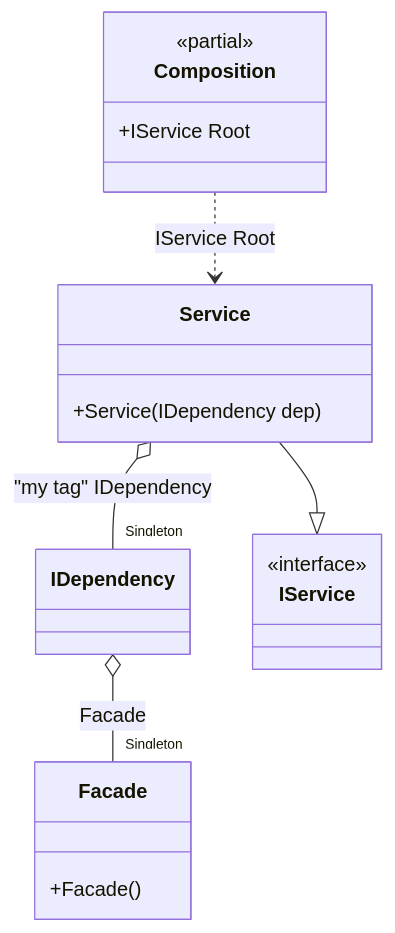
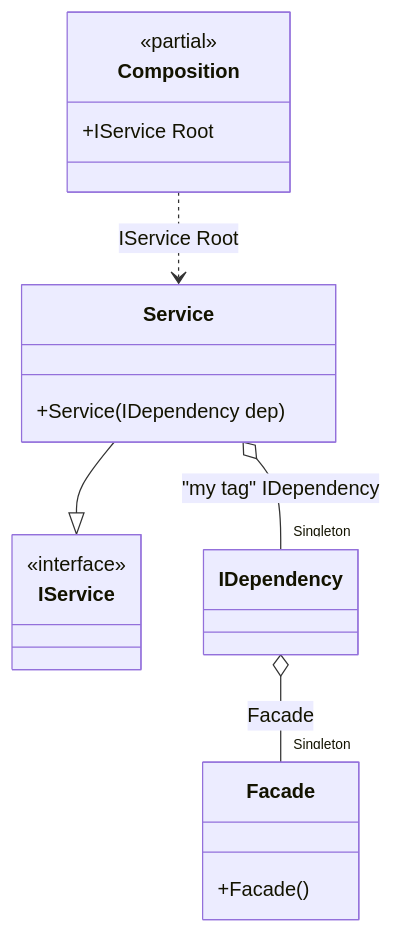
The diagram in readme/bind-attribute-with-lifetime-and-tag.md (DevTeam/Pure.DI), drawn with Mermaid before and after one commit. The commit also changed other lines of this file and 92 other files, not shown here.

````diff
--- a/readme/bind-attribute-with-lifetime-and-tag.md
+++ b/readme/bind-attribute-with-lifetime-and-tag.md
@@ -101,21 +101,21 @@
 ```mermaid
 classDiagram
 	class Composition {
 		<<partial>>
 		+IService Root
 	}
+	Service --|> IService
+	class Service {
+		+Service(IDependency dep)
+	}
 	class IDependency
 	class Facade {
 		+Facade()
-	}
-	Service --|> IService
-	class Service {
-		+Service(IDependency dep)
 	}
 	class IService {
 		<<interface>>
 	}
 	Composition ..> Service : IService Root
+	Service o-- "Singleton" IDependency : "my tag"  IDependency
 	IDependency o-- "Singleton" Facade : Facade
-	Service o-- "Singleton" IDependency : "my tag"  IDependency
 ```
````
